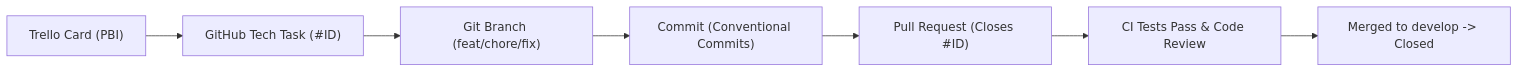
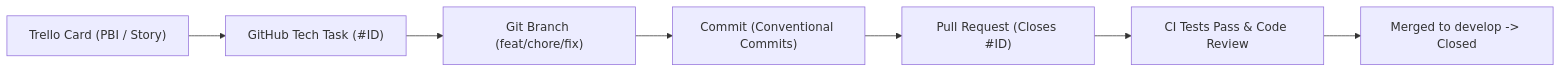
The second of 2 diagrams in docs/plan.md (khongpc-ptit/pm-subject_gamified-todo-application), drawn with Mermaid before and after one commit. The commit also changed other lines of this file, not shown here.

````diff
--- a/docs/plan.md
+++ b/docs/plan.md
@@ -251,9 +472,9 @@
 ```mermaid
 flowchart LR
-    A["Trello Card (PBI)"] --> B["GitHub Tech Task (#ID)"]
+    A["Trello Card (PBI / Story)"] --> B["GitHub Tech Task (#ID)"]
     B --> C["Git Branch (feat/chore/fix)"]
     C --> D["Commit (Conventional Commits)"]
     D --> E["Pull Request (Closes #ID)"]
     E --> F["CI Tests Pass & Code Review"]
     F --> G["Merged to develop -> Closed"]
 ```
````
